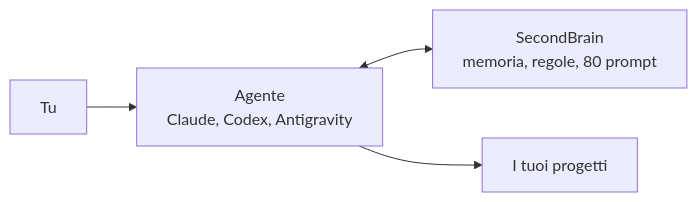
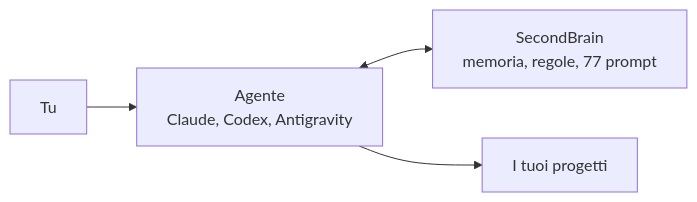
The first of 2 diagrams in README.md (dennidalpos/secondbrain), drawn with Mermaid before and after one commit. The commit also changed other lines of this file and 27 other files, not shown here.

````diff
--- a/README.md
+++ b/README.md
@@ -9,6 +9,6 @@
 ```mermaid
 flowchart LR
     T["Tu"] --> A["Agente<br/>Claude, Codex, Antigravity"]
-    A <--> S["SecondBrain<br/>memoria, regole, 80 prompt"]
+    A <--> S["SecondBrain<br/>memoria, regole, 77 prompt"]
     A --> P["I tuoi progetti"]
 ```
````
